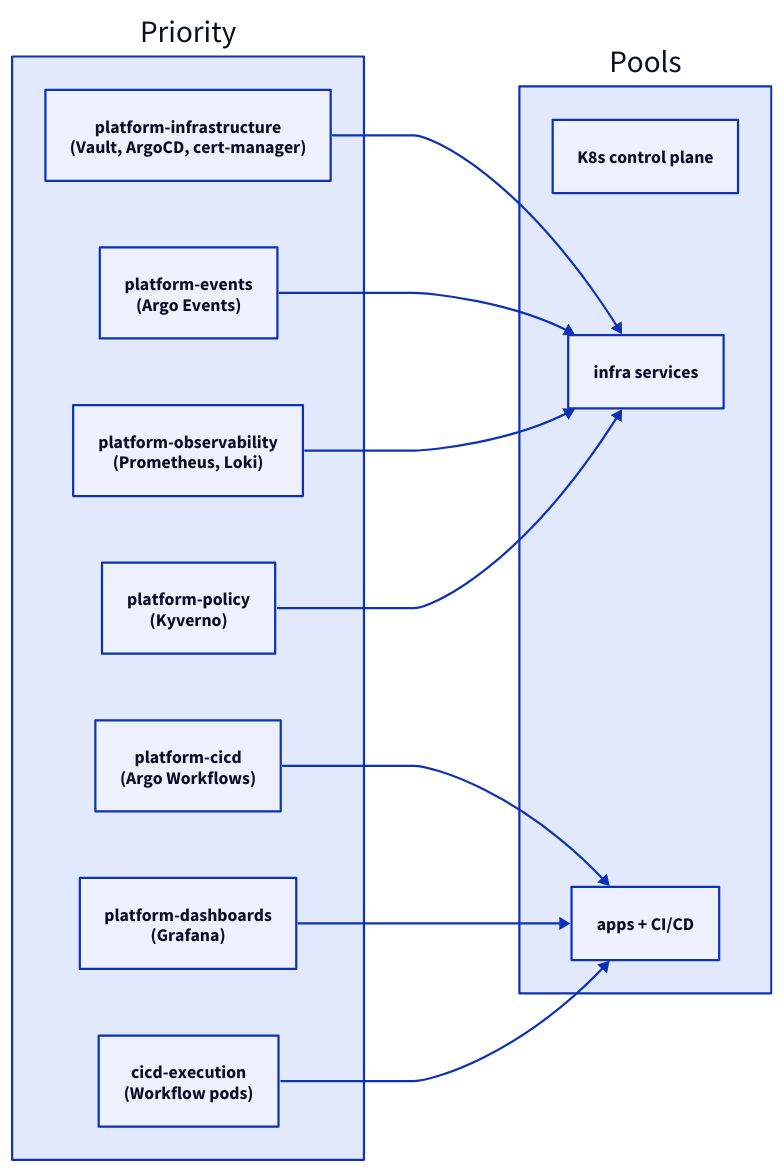
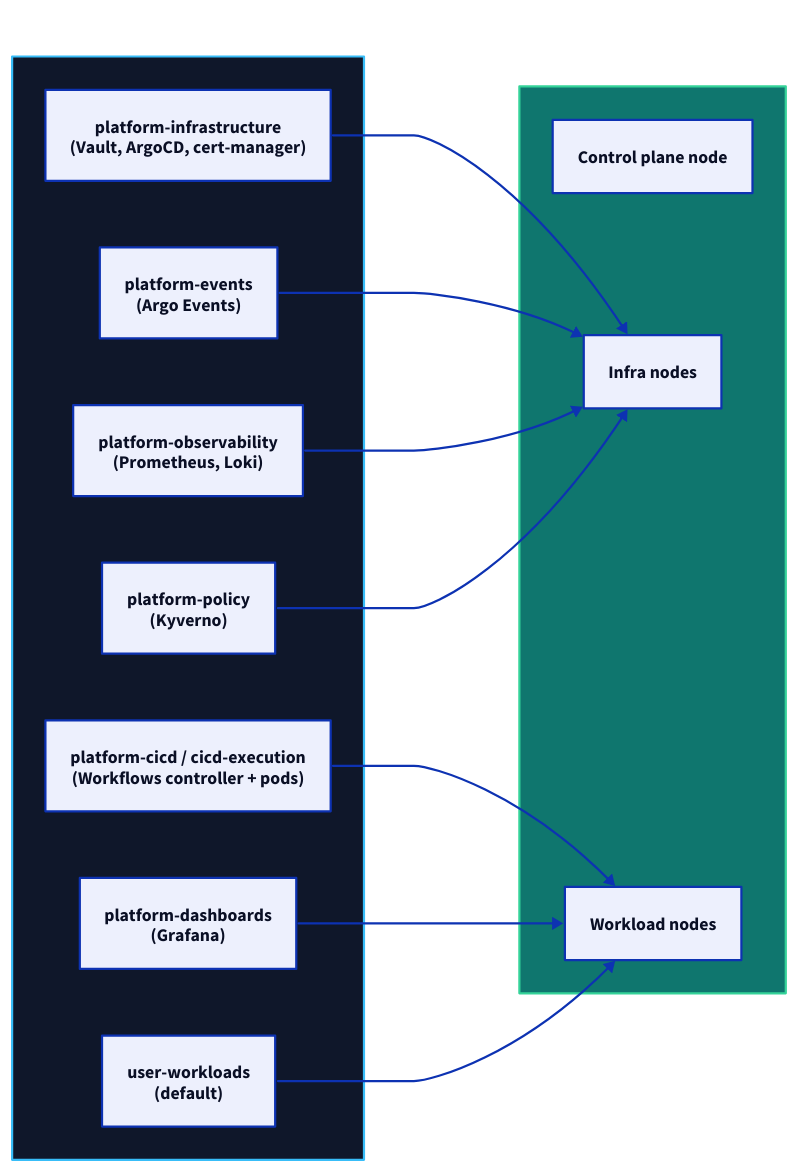
Before and after one commit to rou-cru/idp-blueprint: the diagram in Docs/concepts/scheduling-nodepools.md, drawn with D2. The commit also changed 22 other files, not shown here.

````diff
--- a/Docs/concepts/scheduling-nodepools.md
+++ b/Docs/concepts/scheduling-nodepools.md
@@ -7,27 +7,32 @@
 ```d2
 direction: right
 
-Priority: {
+classes: { prio: { style.fill: "#0f172a"; style.stroke: "#38bdf8"; style.font-color: white }
+           pool: { style.fill: "#0f766e"; style.stroke: "#34d399"; style.font-color: white } }
+
+Priorities: {
+  class: prio
   Infra: "platform-infrastructure\n(Vault, ArgoCD, cert-manager)"
   Events: "platform-events\n(Argo Events)"
   Observ: "platform-observability\n(Prometheus, Loki)"
   Policy: "platform-policy\n(Kyverno)"
-  CICD: "platform-cicd\n(Argo Workflows)"
+  CICD: "platform-cicd / cicd-execution\n(Workflows controller + pods)"
   Dash: "platform-dashboards\n(Grafana)"
-  Exec: "cicd-execution\n(Workflow pods)"
+  Users: "user-workloads\n(default)"
 }
 
 Pools: {
-  ControlPlane: "K8s control plane"
-  InfraNodes: "infra services"
-  WorkloadNodes: "apps + CI/CD"
+  class: pool
+  Control: "Control plane node"
+  Infra: "Infra nodes"
+  Work: "Workload nodes"
 }
 
-Priority.Infra -> Pools.InfraNodes
-Priority.Events -> Pools.InfraNodes
-Priority.Observ -> Pools.InfraNodes
-Priority.Policy -> Pools.InfraNodes
-Priority.CICD -> Pools.WorkloadNodes
-Priority.Dash -> Pools.WorkloadNodes
-Priority.Exec -> Pools.WorkloadNodes
+Priorities.Infra -> Pools.Infra
+Priorities.Events -> Pools.Infra
+Priorities.Observ -> Pools.Infra
+Priorities.Policy -> Pools.Infra
+Priorities.CICD -> Pools.Work
+Priorities.Dash -> Pools.Work
+Priorities.Users -> Pools.Work
 ```
````
